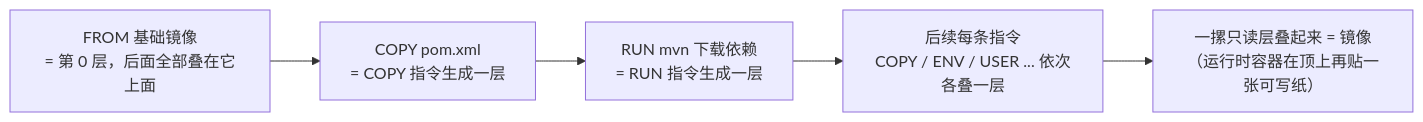
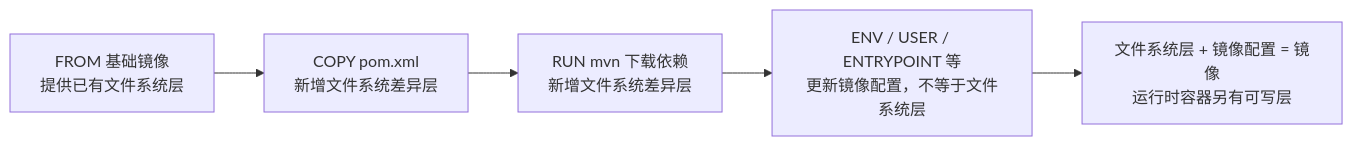
One commit to CrazyForks/java-full-stack changed the fourth of 6 diagrams in docs/05-阶段五-云原生与运维工程/01-容器化基础.md. Above: the diagram before and after it, drawn with Mermaid. The commit also changed other lines of this file and 58 other files, not shown here.

````diff
--- a/docs/05-阶段五-云原生与运维工程/01-容器化基础.md
+++ b/docs/05-阶段五-云原生与运维工程/01-容器化基础.md
@@ -184,7 +190,7 @@
 ```mermaid
 flowchart LR
-    F["FROM 基础镜像<br/>= 第 0 层，后面全部叠在它上面"] --> C1["COPY pom.xml<br/>= COPY 指令生成一层"]
-    C1 --> C2["RUN mvn 下载依赖<br/>= RUN 指令生成一层"]
-    C2 --> C3["后续每条指令<br/>COPY / ENV / USER ... 依次各叠一层"]
-    C3 --> S["一摞只读层叠起来 = 镜像<br/>（运行时容器在顶上再贴一张可写纸）"]
+    F["FROM 基础镜像<br/>提供已有文件系统层"] --> C1["COPY pom.xml<br/>新增文件系统差异层"]
+    C1 --> C2["RUN mvn 下载依赖<br/>新增文件系统差异层"]
+    C2 --> C3["ENV / USER / ENTRYPOINT 等<br/>更新镜像配置，不等于文件系统层"]
+    C3 --> S["文件系统层 + 镜像配置 = 镜像<br/>运行时容器另有可写层"]
 ```
````
